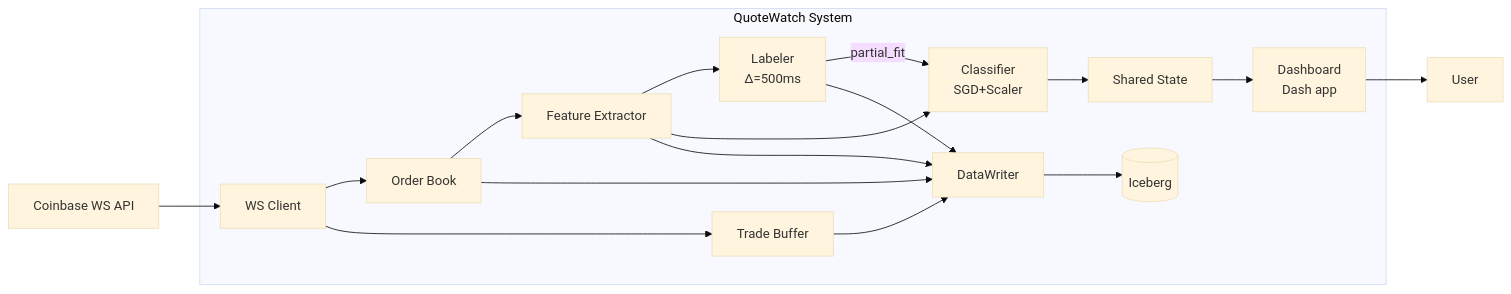
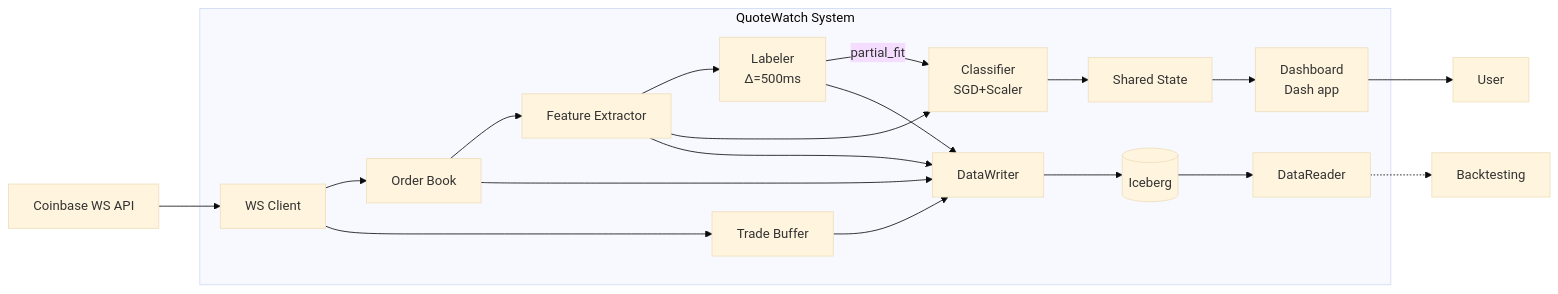
Before and after one commit to elinsky/market-microstructure-ml: the first of 5 diagrams in docs/architecture.md, drawn with Mermaid (base theme). The commit also changed other lines of this file and 5 other files, not shown here.

First line of the commit message:
feat: implement DataReader for replay

````diff
--- a/docs/architecture.md
+++ b/docs/architecture.md
@@ -20,21 +20,23 @@
 ```mermaid
 flowchart LR
     subgraph QuoteWatch["QuoteWatch System"]
         WS[WS Client] --> OB[Order Book]
         WS --> TB[Trade Buffer]
         OB --> FE[Feature Extractor]
         FE --> L[Labeler<br/>Δ=500ms]
         FE --> C[Classifier<br/>SGD+Scaler]
         L -->|partial_fit| C
         C --> SS[Shared State]
         SS --> D[Dashboard<br/>Dash app]
         OB --> DW[DataWriter]
         TB --> DW
         FE --> DW
         L --> DW
         DW --> ICE[(Iceberg)]
+        ICE --> DR[DataReader]
     end
 
     CB[Coinbase WS API] --> WS
     D --> U[User]
+    DR -.-> BT[Backtesting]
 ```
````
